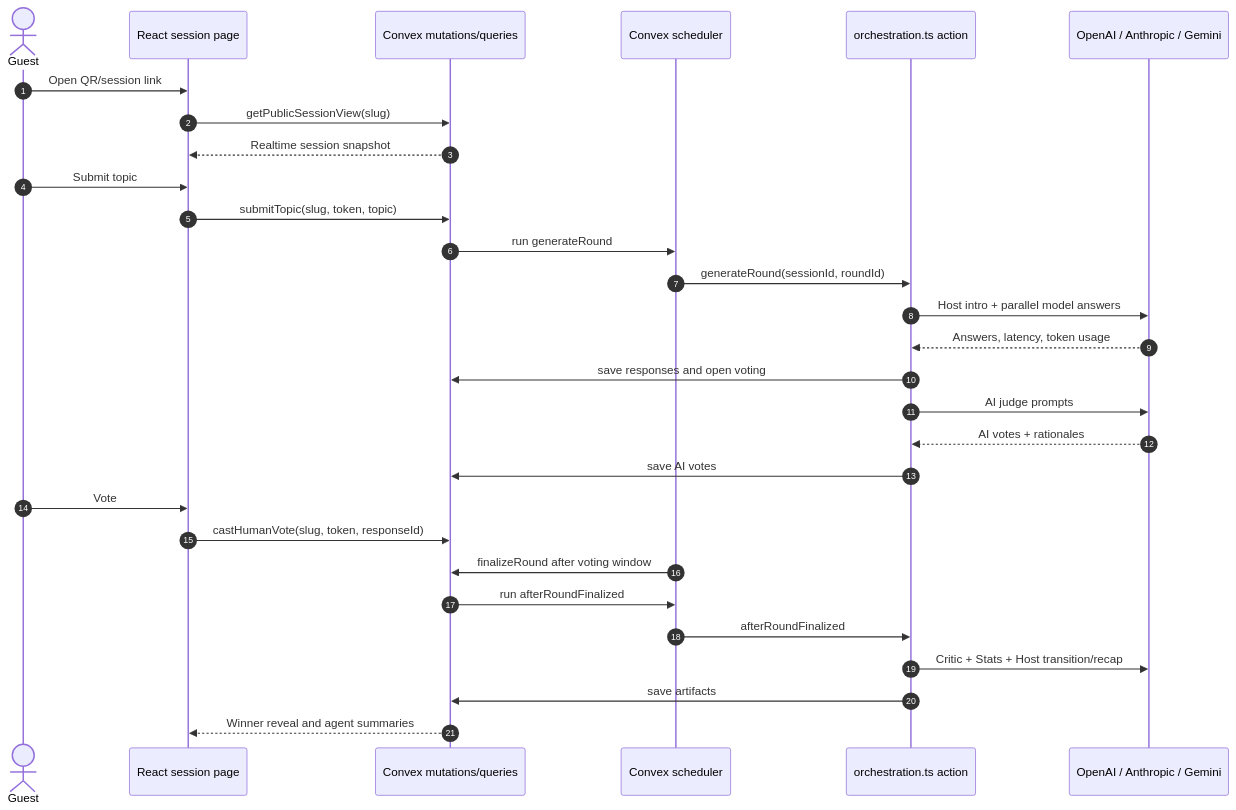
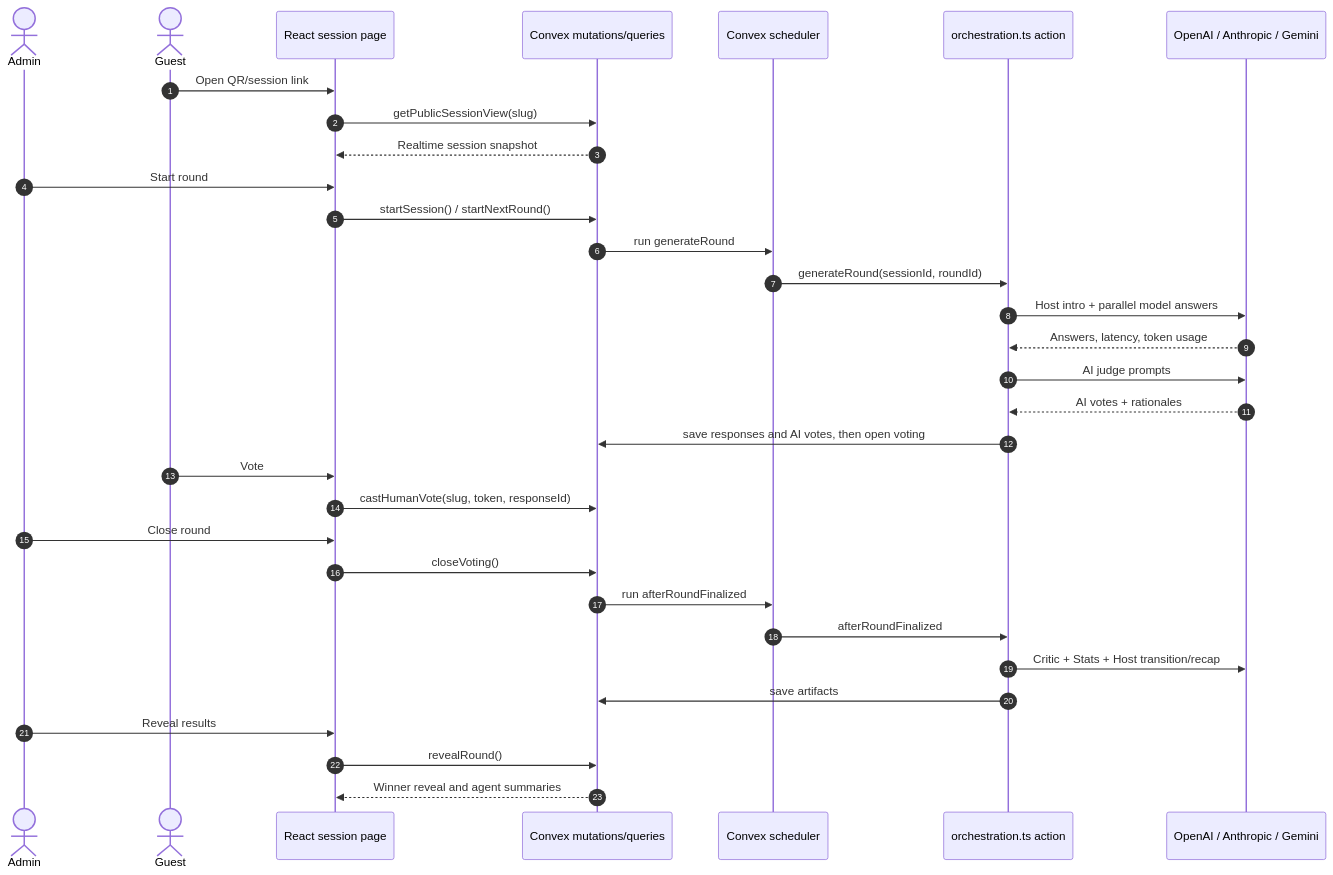
Before and after one commit to Radu028/ai-arena: the third of 6 diagrams in docs/UML_DIAGRAMS.md, drawn with Mermaid. The commit also changed other lines of this file and 45 other files, not shown here.

````diff
--- a/docs/UML_DIAGRAMS.md
+++ b/docs/UML_DIAGRAMS.md
@@ -152,32 +152,35 @@
 ```mermaid
 sequenceDiagram
   autonumber
+  actor Admin
   actor Guest
   participant UI as React session page
   participant Convex as Convex mutations/queries
   participant Scheduler as Convex scheduler
   participant Orchestrator as orchestration.ts action
   participant Providers as OpenAI / Anthropic / Gemini
 
   Guest->>UI: Open QR/session link
   UI->>Convex: getPublicSessionView(slug)
   Convex-->>UI: Realtime session snapshot
-  Guest->>UI: Submit topic
-  UI->>Convex: submitTopic(slug, token, topic)
+  Admin->>UI: Start round
+  UI->>Convex: startSession() / startNextRound()
   Convex->>Scheduler: run generateRound
   Scheduler->>Orchestrator: generateRound(sessionId, roundId)
   Orchestrator->>Providers: Host intro + parallel model answers
   Providers-->>Orchestrator: Answers, latency, token usage
-  Orchestrator->>Convex: save responses and open voting
   Orchestrator->>Providers: AI judge prompts
   Providers-->>Orchestrator: AI votes + rationales
-  Orchestrator->>Convex: save AI votes
+  Orchestrator->>Convex: save responses and AI votes, then open voting
   Guest->>UI: Vote
   UI->>Convex: castHumanVote(slug, token, responseId)
-  Scheduler->>Convex: finalizeRound after voting window
+  Admin->>UI: Close round
+  UI->>Convex: closeVoting()
   Convex->>Scheduler: run afterRoundFinalized
   Scheduler->>Orchestrator: afterRoundFinalized
   Orchestrator->>Providers: Critic + Stats + Host transition/recap
   Orchestrator->>Convex: save artifacts
+  Admin->>UI: Reveal results
+  UI->>Convex: revealRound()
   Convex-->>UI: Winner reveal and agent summaries
 ```
````
